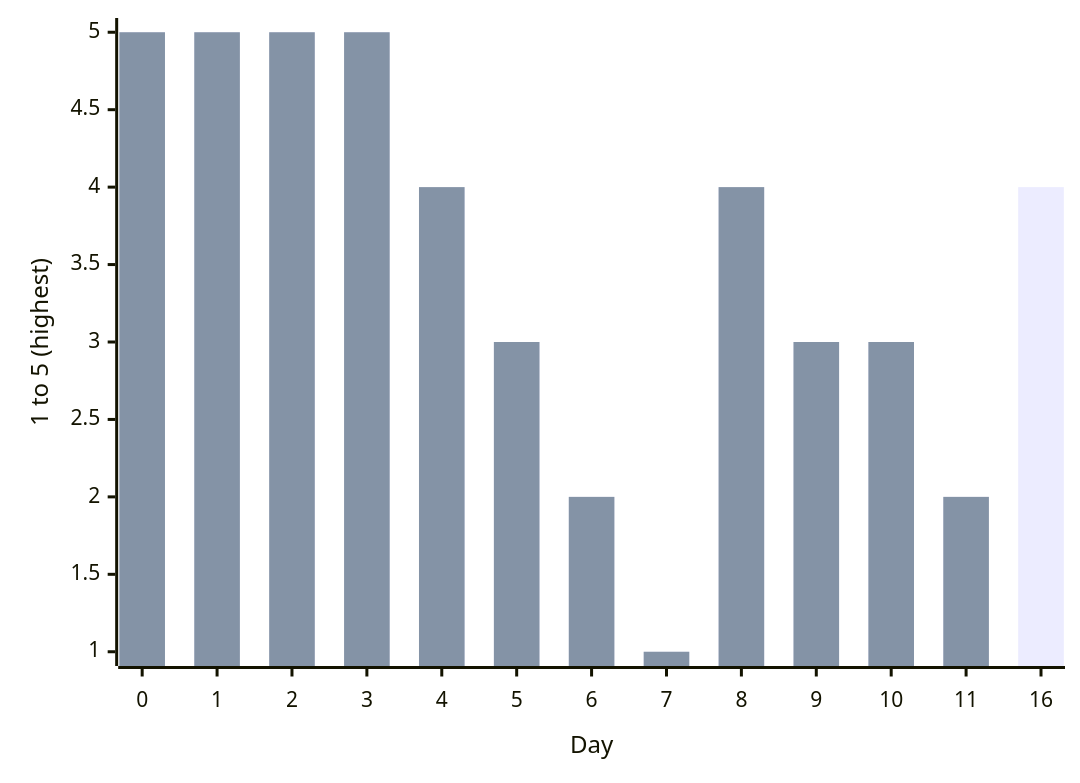
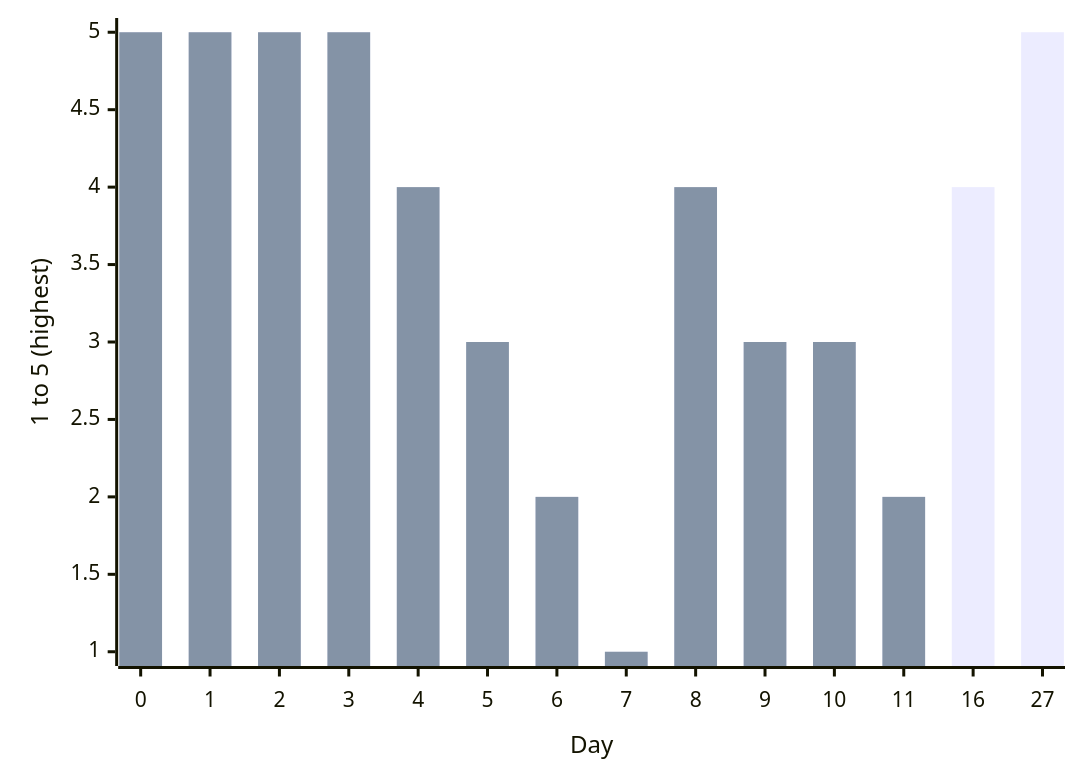
Before and after one commit to phil-m-kopp/phil-m-kopp.github.io: the ninth of 16 diagrams in docs/articles/posts/personal-development/experience-strict-fasting-8days/experience-strict-fasting-8days.md, drawn with Mermaid. The commit also changed other lines of this file and 7 other files, not shown here.

````diff
--- a/docs/articles/posts/personal-development/experience-strict-fasting-8days/experience-strict-fasting-8days.md
+++ b/docs/articles/posts/personal-development/experience-strict-fasting-8days/experience-strict-fasting-8days.md
@@ -270,8 +280,8 @@
 ``` mermaid
 xychart-beta
-        x-axis "Day" [0, 1, 2, 3, 4, 5, 6, 7, 8, 9, 10, 11, 16]
+        x-axis "Day" [0, 1, 2, 3, 4, 5, 6, 7, 8, 9, 10, 11, 16, 27]
         y-axis "1 to 5 (highest)" 1 --> 5
 
-        bar [5, 5, 5, 5, 4, 3, 2, 1, 4, 3, 3, 2, 4]
+        bar [5, 5, 5, 5, 4, 3, 2, 1, 4, 3, 3, 2, 4, 5]
         bar [5, 5, 5, 5, 4, 3, 2, 1, 4, 3, 3, 2]
 ```
````
